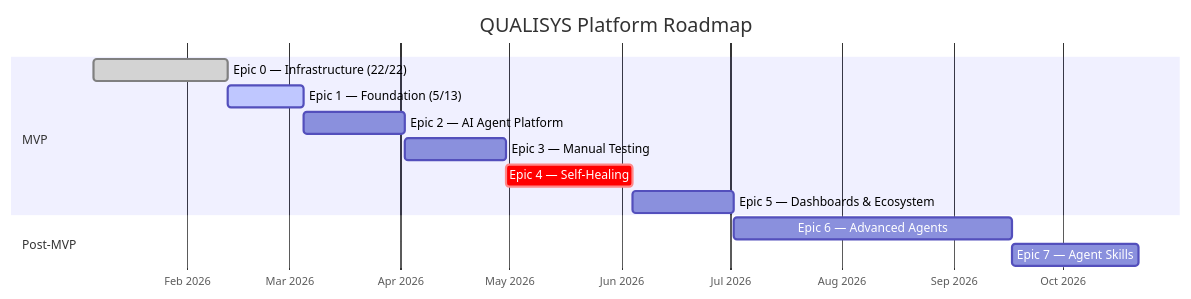
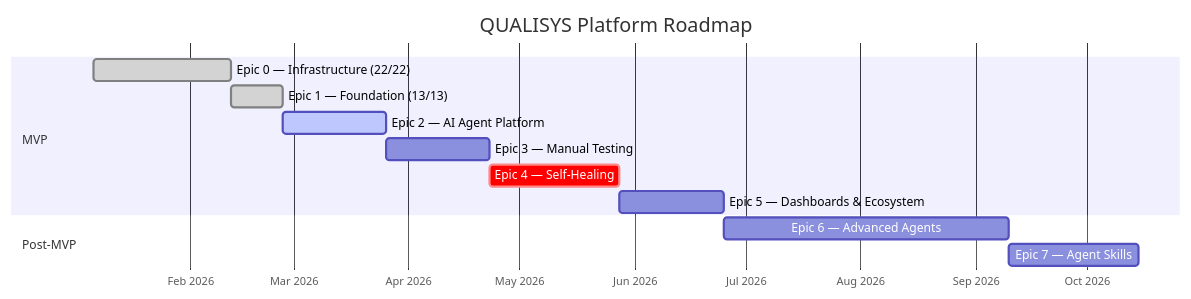
One commit to azfarhussain-10p/QUALISYS changed the fourth of 4 diagrams in README.md. Above: the diagram before and after it, drawn with Mermaid. The commit also changed other lines of this file and 207 other files, not shown here.

````diff
--- a/README.md
+++ b/README.md
@@ -574,18 +574,18 @@
 ```mermaid
 gantt
     title QUALISYS Platform Roadmap
     dateFormat  YYYY-MM-DD
     axisFormat  %b %Y
 
     section MVP
     Epic 0 — Infrastructure (22/22)  :done, e0, 2026-01-06, 2026-02-12
-    Epic 1 — Foundation (5/13)       :active, e1, 2026-02-12, 3w
-    Epic 2 — AI Agent Platform       :e2, after e1, 4w
+    Epic 1 — Foundation (13/13)      :done, e1, 2026-02-12, 2026-02-26
+    Epic 2 — AI Agent Platform       :active, e2, 2026-02-26, 4w
     Epic 3 — Manual Testing          :e3, after e2, 4w
     Epic 4 — Self-Healing            :crit, e4, after e3, 5w
     Epic 5 — Dashboards & Ecosystem  :e5, after e4, 4w
 
     section Post-MVP
     Epic 6 — Advanced Agents         :e6, after e5, 11w
     Epic 7 — Agent Skills            :e7, after e6, 5w
 ```
````
